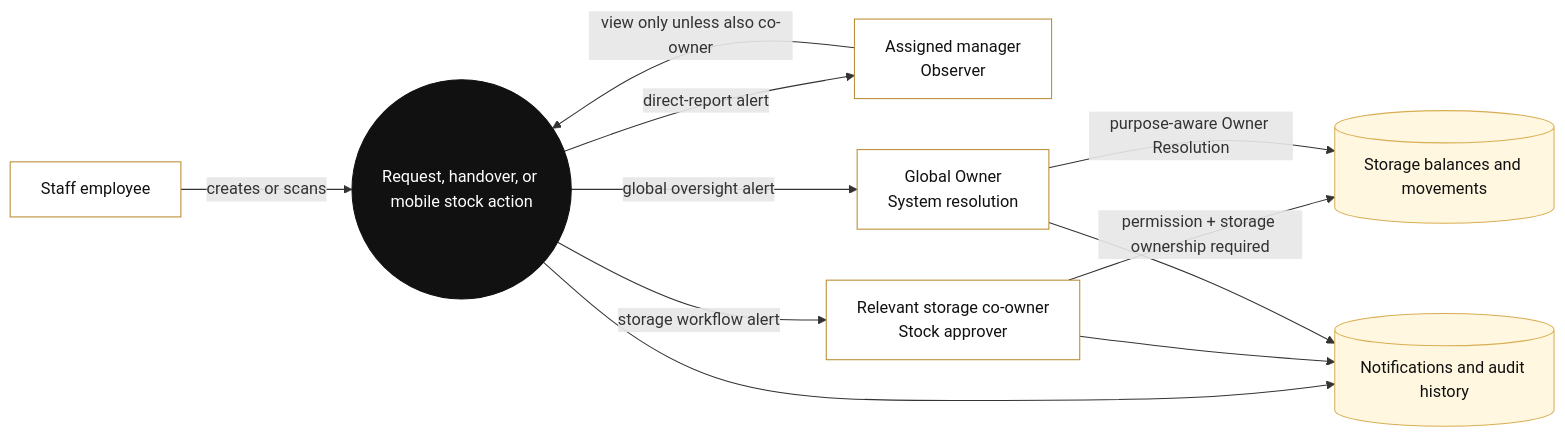
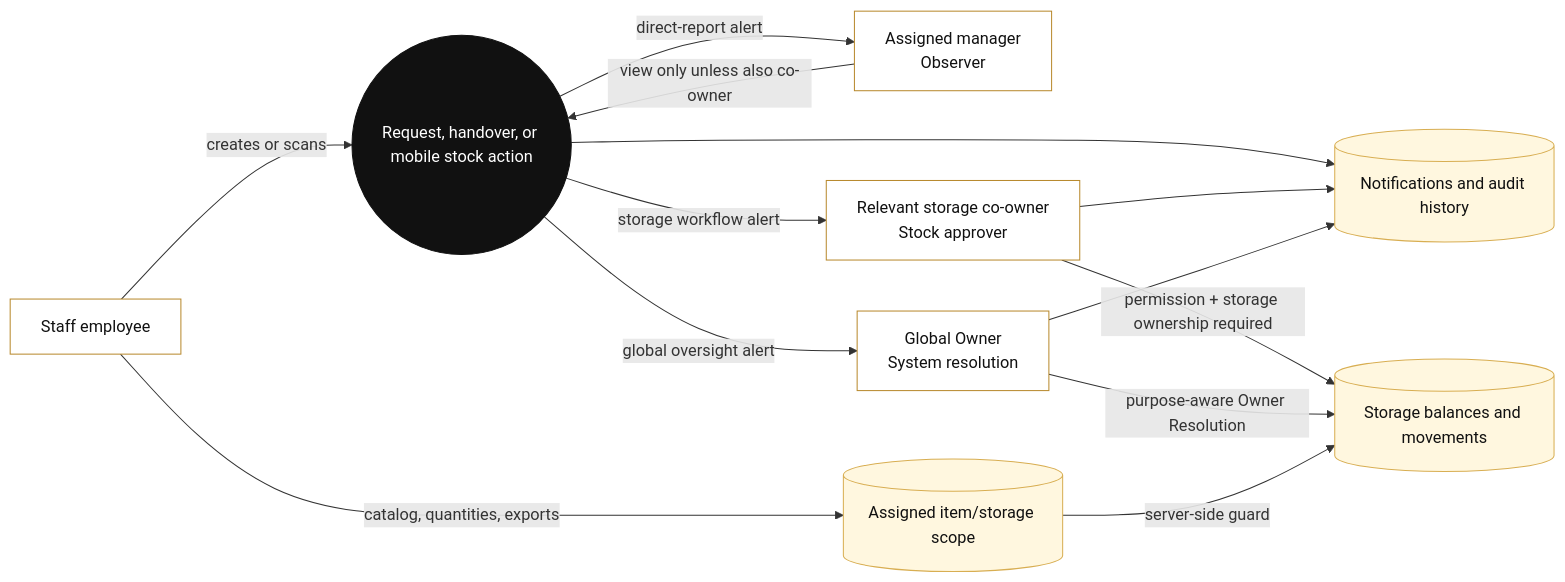
Before and after one commit to AhmadDalao/inventory: the seventh of 7 diagrams in docs/system-diagrams.md, drawn with Mermaid. The commit also changed other lines of this file and 17 other files, not shown here.

Commit message:
fix: enforce assigned storage item scope

````diff
--- a/docs/system-diagrams.md
+++ b/docs/system-diagrams.md
@@ -362,28 +362,31 @@
 ```mermaid
 flowchart LR
     STAFF["Staff employee"]
     MANAGER["Assigned manager\nObserver"]
     COOWNER["Relevant storage co-owner\nStock approver"]
     OWNER["Global Owner\nSystem resolution"]
     ACTION(("Request, handover, or mobile stock action"))
+    SCOPE[("Assigned item/storage scope")]
     STOCK[("Storage balances and movements")]
     AUDIT[("Notifications and audit history")]
 
     STAFF -->|"creates or scans"| ACTION
+    STAFF -->|"catalog, quantities, exports"| SCOPE
     ACTION -->|"direct-report alert"| MANAGER
     ACTION -->|"storage workflow alert"| COOWNER
     ACTION -->|"global oversight alert"| OWNER
     MANAGER -->|"view only unless also co-owner"| ACTION
     COOWNER -->|"permission + storage ownership required"| STOCK
     OWNER -->|"purpose-aware Owner Resolution"| STOCK
+    SCOPE -->|"server-side guard"| STOCK
     ACTION --> AUDIT
     COOWNER --> AUDIT
     OWNER --> AUDIT
 
     classDef actor fill:#fff,stroke:#b8892d,color:#111;
     classDef process fill:#111,stroke:#111,color:#fff;
     classDef data fill:#fff7df,stroke:#d8ae52,color:#111;
     class STAFF,MANAGER,COOWNER,OWNER actor;
     class ACTION process;
-    class STOCK,AUDIT data;
+    class SCOPE,STOCK,AUDIT data;
 ```
````
